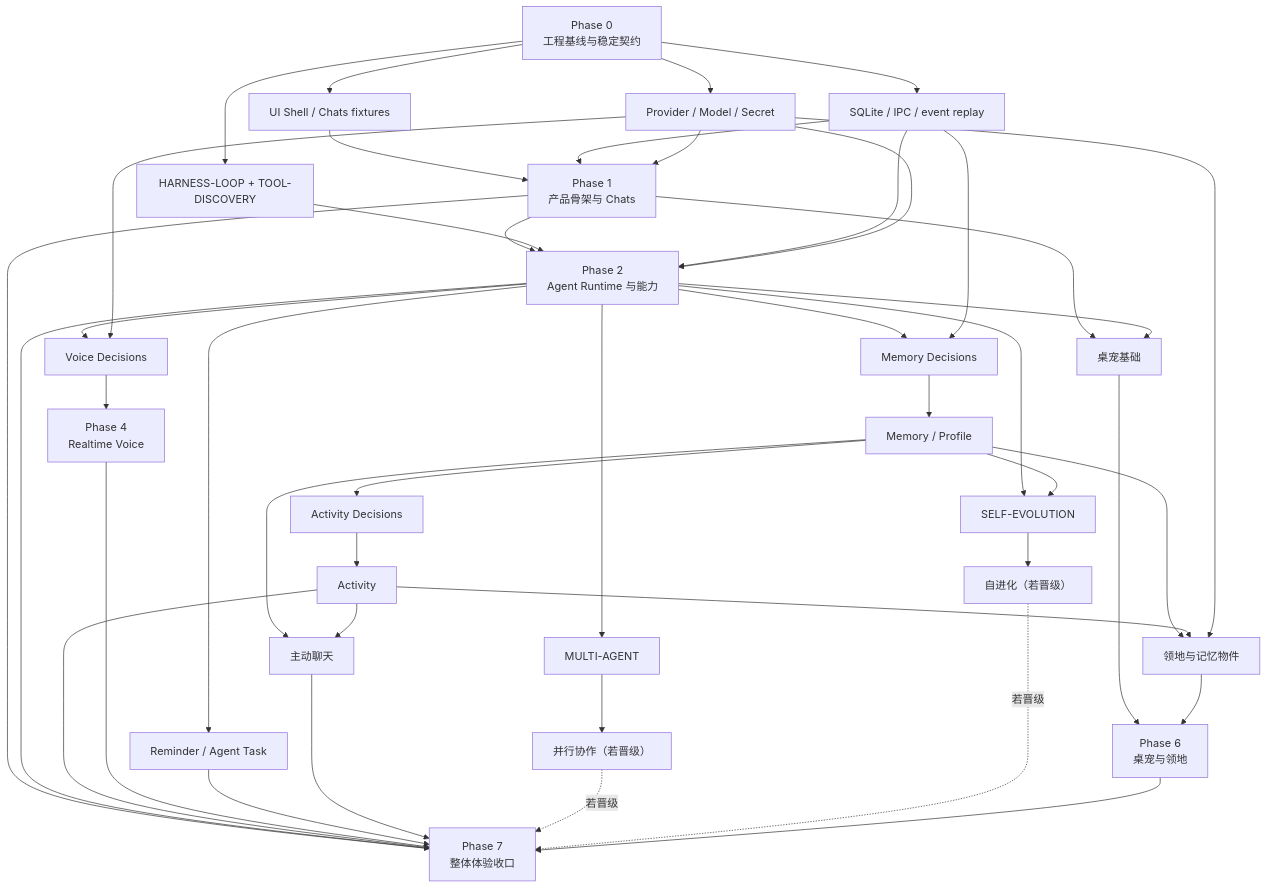
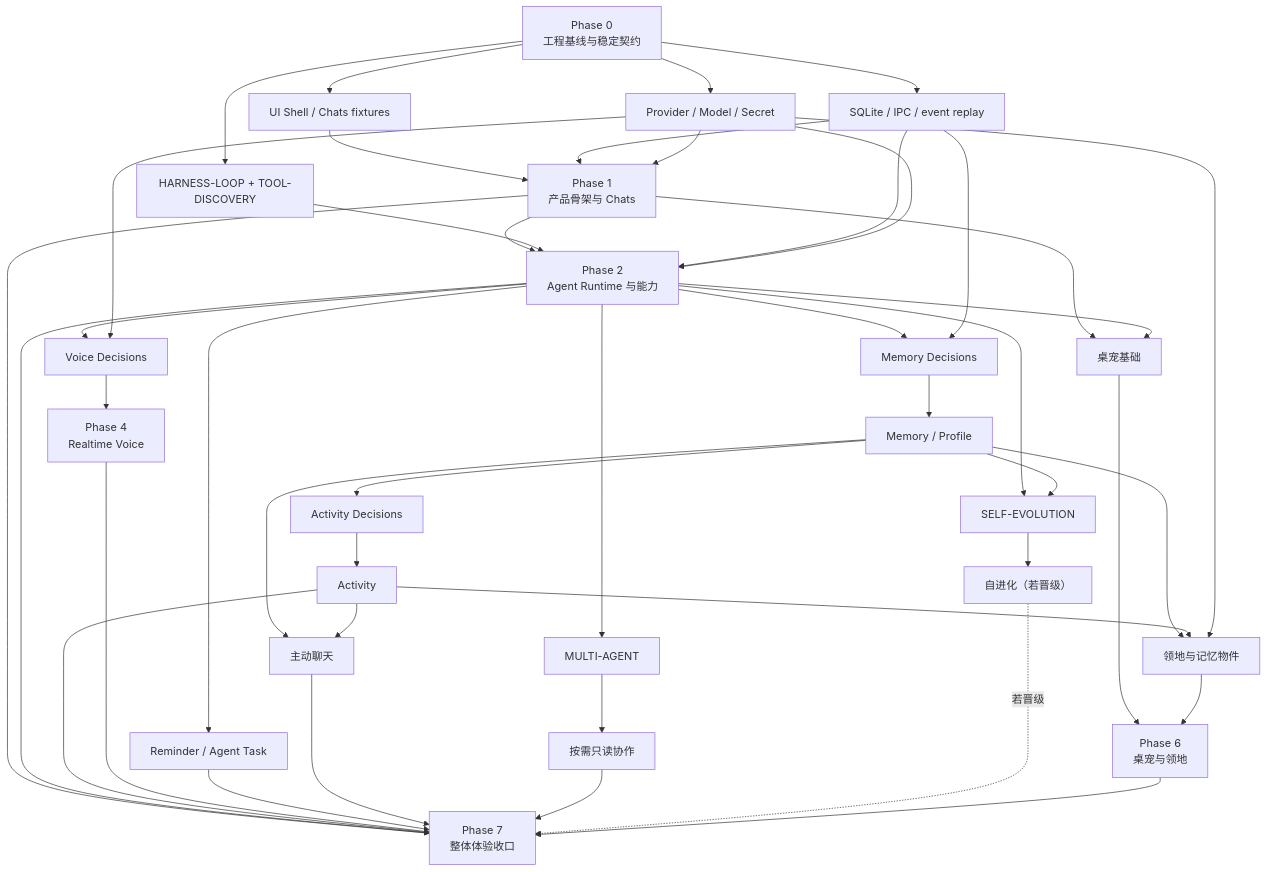
One commit to MicroYui/chara-mate changed the fourth of 4 diagrams in REFACTOR_PRODUCT_DESIGN.md. Above: the diagram before and after it, drawn with Mermaid. The commit also changed other lines of this file and 26 other files, not shown here.

````diff
--- a/REFACTOR_PRODUCT_DESIGN.md
+++ b/REFACTOR_PRODUCT_DESIGN.md
@@ -1888,75 +1887,75 @@
 ```mermaid
 flowchart TD
     P0["Phase 0<br/>工程基线与稳定契约"]
     UI["UI Shell / Chats fixtures"]
     DB["SQLite / IPC / event replay"]
     PR["Provider / Model / Secret"]
     HD["HARNESS-LOOP + TOOL-DISCOVERY"]
     P1["Phase 1<br/>产品骨架与 Chats"]
     P2["Phase 2<br/>Agent Runtime 与能力"]
     MD["Memory Decisions"]
     MEM["Memory / Profile"]
     AD["Activity Decisions"]
     ACT["Activity"]
     VD["Voice Decisions"]
     VOICE["Phase 4<br/>Realtime Voice"]
     AUTO["Reminder / Agent Task"]
     PRO["主动聊天"]
     MAD["MULTI-AGENT"]
-    MA["并行协作（若晋级）"]
+    MA["按需只读协作"]
     SED["SELF-EVOLUTION"]
     SE["自进化（若晋级）"]
     PET["桌宠基础"]
     TERR["领地与记忆物件"]
     P6["Phase 6<br/>桌宠与领地"]
     P7["Phase 7<br/>整体体验收口"]
 
     P0 --> UI
     P0 --> DB
     P0 --> PR
     P0 --> HD
     UI --> P1
     DB --> P1
     PR --> P1
     P1 --> P2
     HD --> P2
     DB --> P2
     PR --> P2
 
     P2 --> MD
     DB --> MD
     MD --> MEM
     MEM --> AD
     AD --> ACT
 
     P2 --> VD
     PR --> VD
     VD --> VOICE
 
     P2 --> AUTO
     P2 --> MAD
     MAD --> MA
     P2 --> SED
     MEM --> SED
     SED --> SE
     MEM --> PRO
     ACT --> PRO
 
     P1 --> PET
     P2 --> PET
     MEM --> TERR
     ACT --> TERR
     PR --> TERR
     PET --> P6
     TERR --> P6
 
     P1 --> P7
     P2 --> P7
     ACT --> P7
     VOICE --> P7
     AUTO --> P7
     PRO --> P7
-    MA -.->|若晋级| P7
+    MA --> P7
     SE -.->|若晋级| P7
     P6 --> P7
 ```
````
